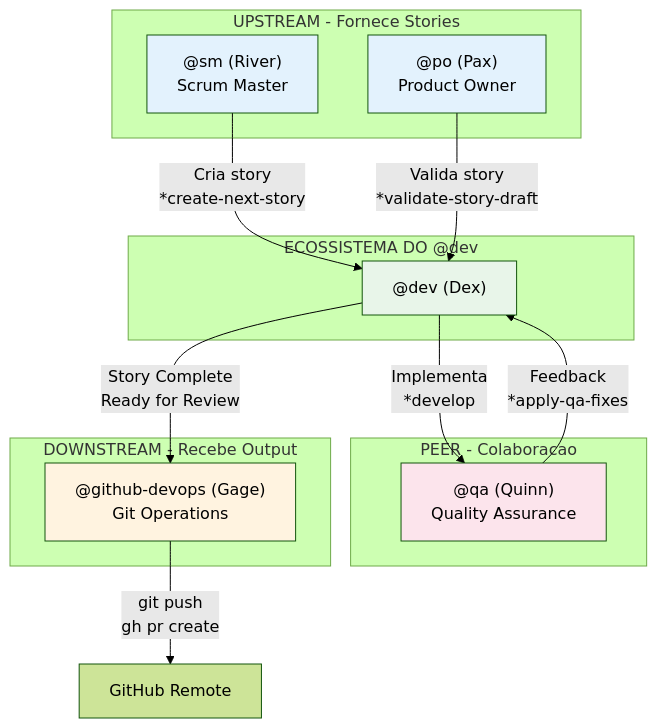
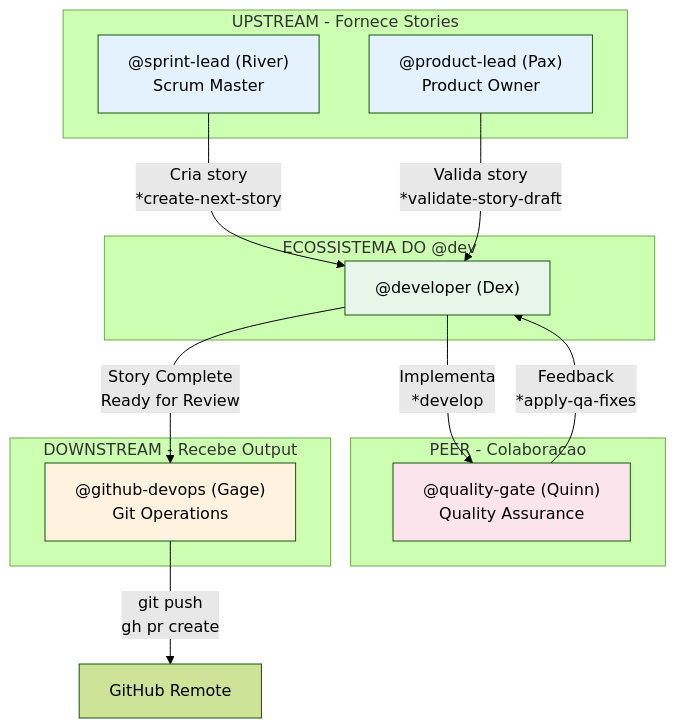
The fourth of 4 diagrams in docs/guides/agents/DEV-SYSTEM.md (caioimori/sinapse-ai), drawn with Mermaid (forest theme) before and after one commit. The commit also changed other lines of this file and 873 other files, not shown here.

````diff
--- a/docs/guides/agents/DEV-SYSTEM.md
+++ b/docs/guides/agents/DEV-SYSTEM.md
@@ -304,34 +304,34 @@
 ```mermaid
 flowchart TB
     subgraph DEV_ECOSYSTEM["ECOSSISTEMA DO @dev"]
-        DEV["@dev (Dex)"]
+        DEV["@developer (Dex)"]
     end
 
     subgraph UPSTREAM["UPSTREAM - Fornece Stories"]
-        SM["@sm (River)<br/>Scrum Master"]
-        PO["@po (Pax)<br/>Product Owner"]
+        SM["@sprint-lead (River)<br/>Scrum Master"]
+        PO["@product-lead (Pax)<br/>Product Owner"]
     end
 
     subgraph PEER["PEER - Colaboracao"]
-        QA["@qa (Quinn)<br/>Quality Assurance"]
+        QA["@quality-gate (Quinn)<br/>Quality Assurance"]
     end
 
     subgraph DOWNSTREAM["DOWNSTREAM - Recebe Output"]
         GHDEVOPS["@github-devops (Gage)<br/>Git Operations"]
     end
 
     SM -->|"Cria story<br/>*create-next-story"| DEV
     PO -->|"Valida story<br/>*validate-story-draft"| DEV
 
     DEV -->|"Implementa<br/>*develop"| QA
     QA -->|"Feedback<br/>*apply-qa-fixes"| DEV
 
     DEV -->|"Story Complete<br/>Ready for Review"| GHDEVOPS
     GHDEVOPS -->|"git push<br/>gh pr create"| REMOTE["GitHub Remote"]
 
     style DEV fill:#e8f5e9
     style SM fill:#e3f2fd
     style PO fill:#e3f2fd
     style QA fill:#fce4ec
     style GHDEVOPS fill:#fff3e0
 ```
````
